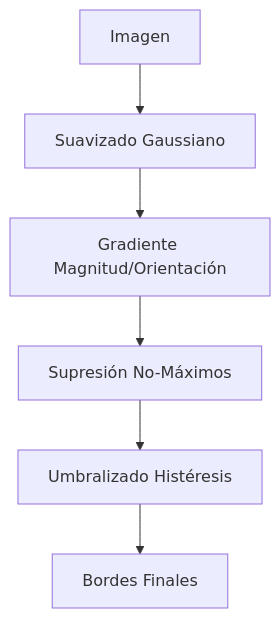
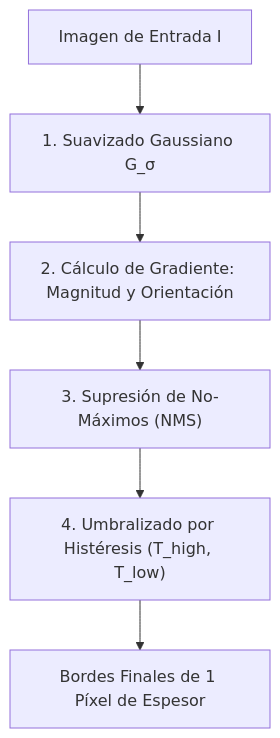
The fourth of 5 diagrams in Tema 2/2. Gaussianas y Bordes.md (DanielChicoUGR/VC_APUNTES), drawn with Mermaid before and after one commit. The commit also changed other lines of this file and 7 other files, not shown here.

````diff
--- a/Tema 2/2. Gaussianas y Bordes.md
+++ b/Tema 2/2. Gaussianas y Bordes.md
@@ -50,8 +252,8 @@
 ```mermaid
-graph TD
-    A[Imagen] --> B[Suavizado Gaussiano]
-    B --> C[Gradiente Magnitud/Orientación]
-    C --> D[Supresión No-Máximos]
-    D --> E[Umbralizado Histéresis]
-    E --> F[Bordes Finales]
+flowchart TD
+    A["Imagen de Entrada I"] --> B["1. Suavizado Gaussiano G_σ"]
+    B --> C["2. Cálculo de Gradiente: Magnitud y Orientación"]
+    C --> D["3. Supresión de No-Máximos (NMS)"]
+    D --> E["4. Umbralizado por Histéresis (T_high, T_low)"]
+    E --> F["Bordes Finales de 1 Píxel de Espesor"]
 ```
````
